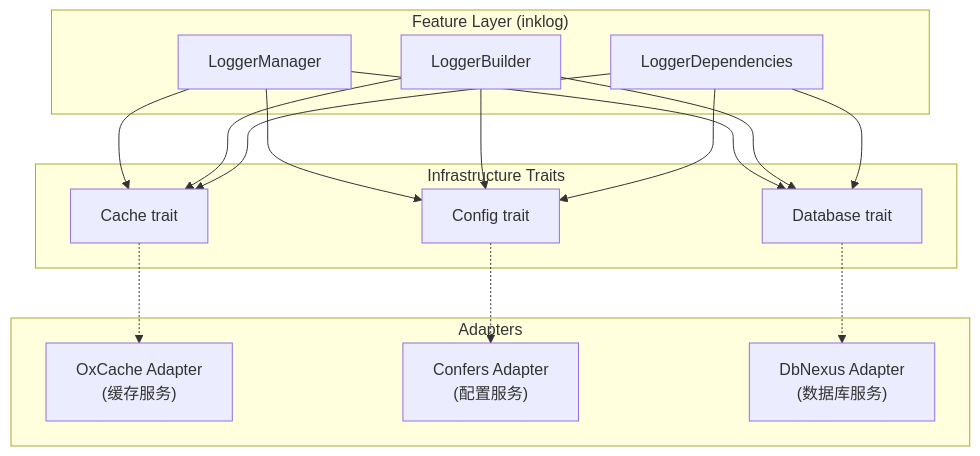
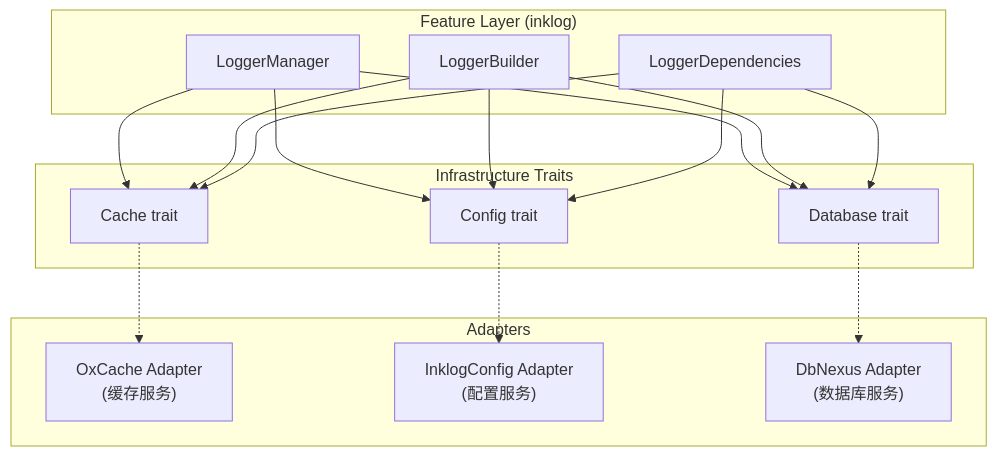
The second of 2 diagrams in docs/ARCHITECTURE.md (Kirky-X/inklog), drawn with Mermaid before and after one commit. The commit also changed other lines of this file and 8 other files, not shown here.

````diff
--- a/docs/ARCHITECTURE.md
+++ b/docs/ARCHITECTURE.md
@@ -139,25 +139,25 @@
 ```mermaid
 flowchart TD
     subgraph Feature["Feature Layer (inklog)"]
         LM["LoggerManager"]
         LB["LoggerBuilder"]
         LD["LoggerDependencies"]
     end
     subgraph Traits["Infrastructure Traits"]
         CT["Cache trait"]
         CFT["Config trait"]
         DT["Database trait"]
     end
     subgraph Adapters["Adapters"]
         OA["OxCache Adapter<br/>(缓存服务)"]
-        CA["Confers Adapter<br/>(配置服务)"]
+        IA["InklogConfig Adapter<br/>(配置服务)"]
         DA["DbNexus Adapter<br/>(数据库服务)"]
     end
 
     LM --> CT & CFT & DT
     LB --> CT & CFT & DT
     LD --> CT & CFT & DT
     CT -.-> OA
-    CFT -.-> CA
+    CFT -.-> IA
     DT -.-> DA
 ```
````
